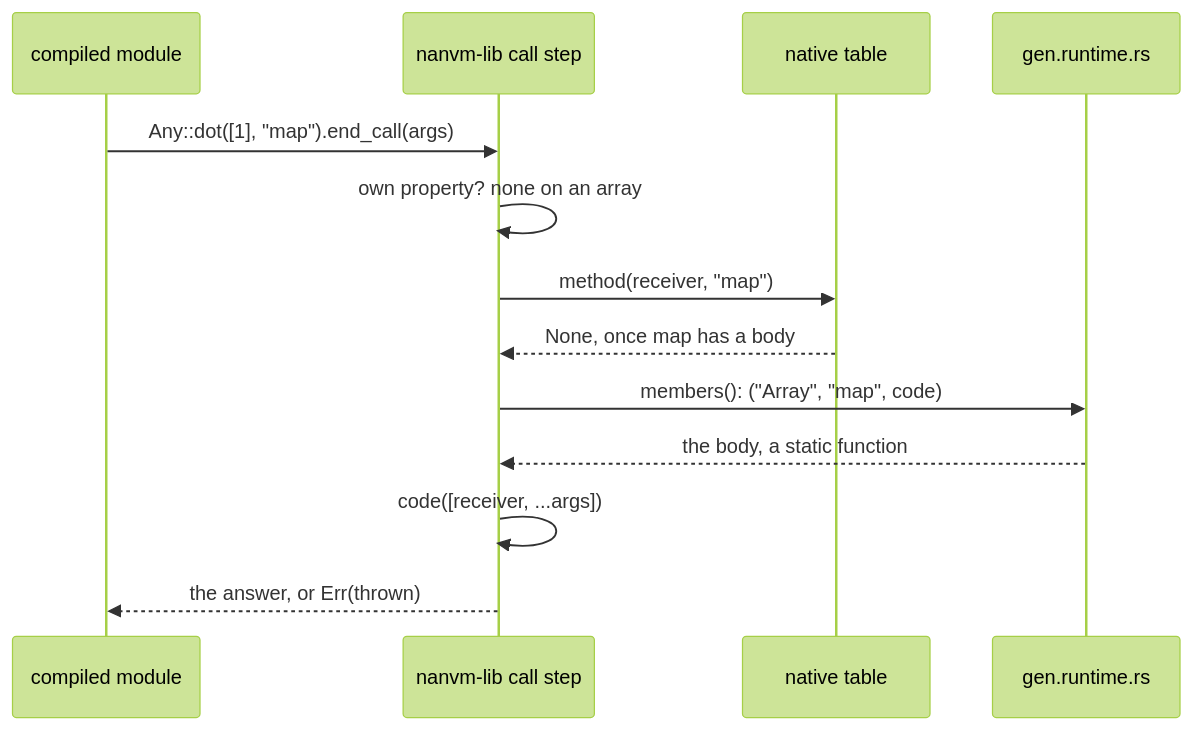
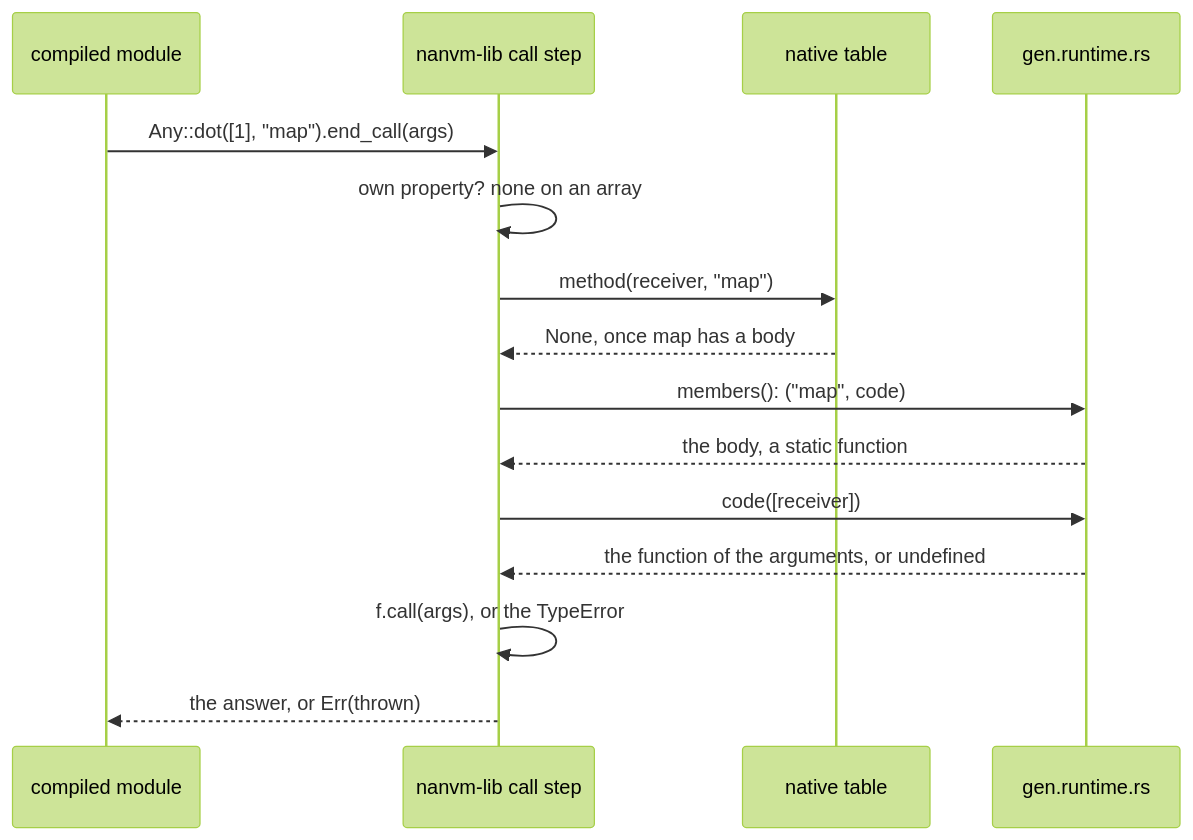
The second of 2 diagrams in fjs/js/runtime/README.md (functionalscript/functionalscript), drawn with Mermaid (forest theme) before and after one commit. The commit also changed other lines of this file and 42 other files, not shown here.

````diff
--- a/fjs/js/runtime/README.md
+++ b/fjs/js/runtime/README.md
@@ -146,15 +154,17 @@
 ```mermaid
 sequenceDiagram
     participant M as compiled module
     participant L as nanvm-lib call step
     participant T as native table
     participant R as gen.runtime.rs
     M->>L: Any::dot([1], "map").end_call(args)
     L->>L: own property? none on an array
     L->>T: method(receiver, "map")
     T-->>L: None, once map has a body
-    L->>R: members(): ("Array", "map", code)
+    L->>R: members(): ("map", code)
     R-->>L: the body, a static function
-    L->>L: code([receiver, ...args])
+    L->>R: code([receiver])
+    R-->>L: the function of the arguments, or undefined
+    L->>L: f.call(args), or the TypeError
     L-->>M: the answer, or Err(thrown)
 ```
````
